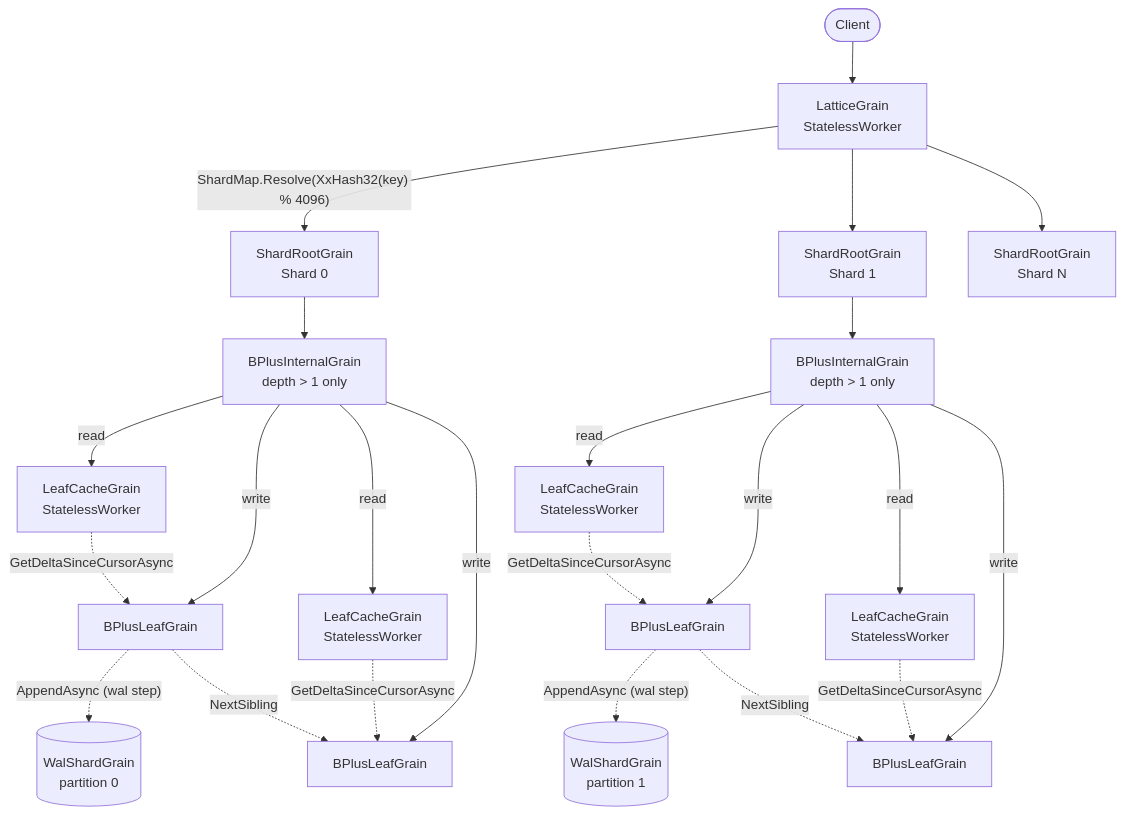
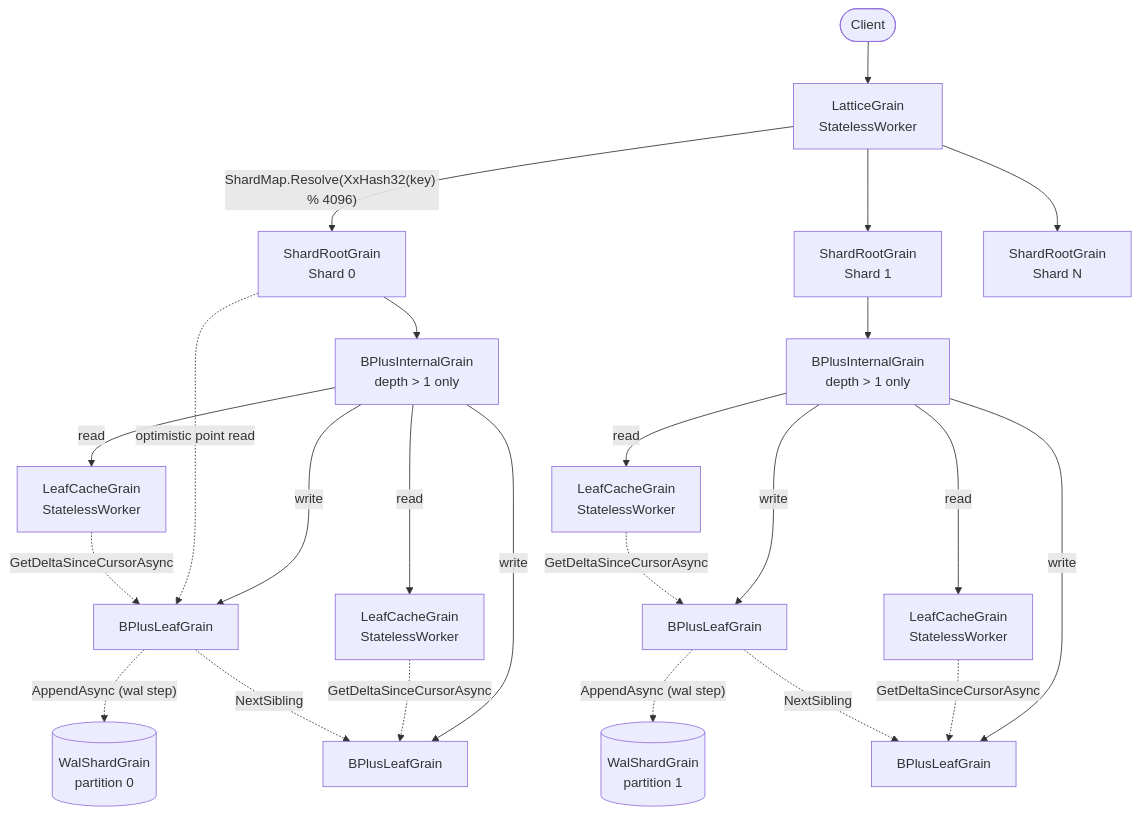
Before and after one commit to NSTA1/Orleans.Lattice: the first of 3 diagrams in docs/lattice/architecture.md, drawn with Mermaid. The commit also changed other lines of this file and 434 other files, not shown here.

````diff
--- a/docs/lattice/architecture.md
+++ b/docs/lattice/architecture.md
@@ -7,43 +7,44 @@
 ```mermaid
 flowchart TD
     Client([Client])
     SR[LatticeGrain<br/>StatelessWorker]
     S0[ShardRootGrain<br/>Shard 0]
     S1[ShardRootGrain<br/>Shard 1]
     SN[ShardRootGrain<br/>Shard N]
     I0[BPlusInternalGrain<br/>depth > 1 only]
     I1[BPlusInternalGrain<br/>depth > 1 only]
     C0[LeafCacheGrain<br/>StatelessWorker]
     C1[LeafCacheGrain<br/>StatelessWorker]
     C2[LeafCacheGrain<br/>StatelessWorker]
     C3[LeafCacheGrain<br/>StatelessWorker]
     L0[BPlusLeafGrain]
     L1[BPlusLeafGrain]
     L2[BPlusLeafGrain]
     L3[BPlusLeafGrain]
     W0[(WalShardGrain<br/>partition 0)]
     W1[(WalShardGrain<br/>partition 1)]
 
     Client --> SR
     SR -->|"ShardMap.Resolve(XxHash32(key) % 4096)"| S0
     SR --> S1
     SR --> SN
     S0 --> I0
     S1 --> I1
     I0 -->|read| C0
     I0 -->|read| C1
     I1 -->|read| C2
     I1 -->|read| C3
     I0 -->|write| L0
     I0 -->|write| L1
     I1 -->|write| L2
     I1 -->|write| L3
+    S0 -.->|"optimistic point read"| L0
     L0 -. "AppendAsync (wal step)" .-> W0
     L2 -. "AppendAsync (wal step)" .-> W1
     C0 -.->|"GetDeltaSinceCursorAsync"| L0
     C1 -.->|"GetDeltaSinceCursorAsync"| L1
     C2 -.->|"GetDeltaSinceCursorAsync"| L2
     C3 -.->|"GetDeltaSinceCursorAsync"| L3
     L0 -. "NextSibling" .-> L1
     L2 -. "NextSibling" .-> L3
 ```
````
